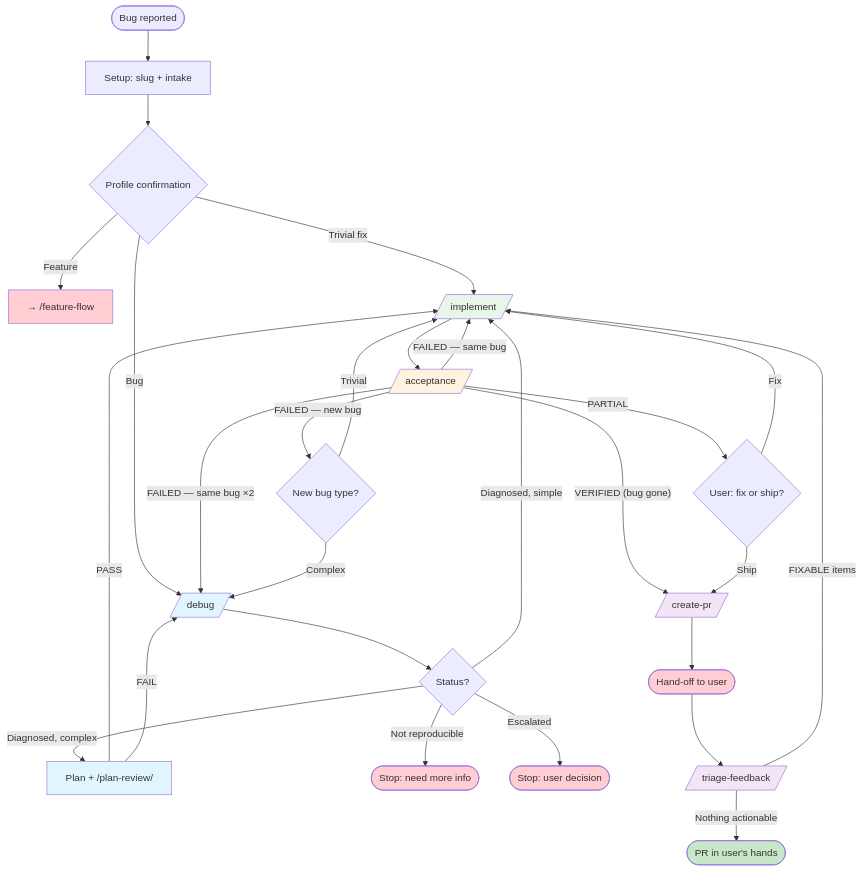
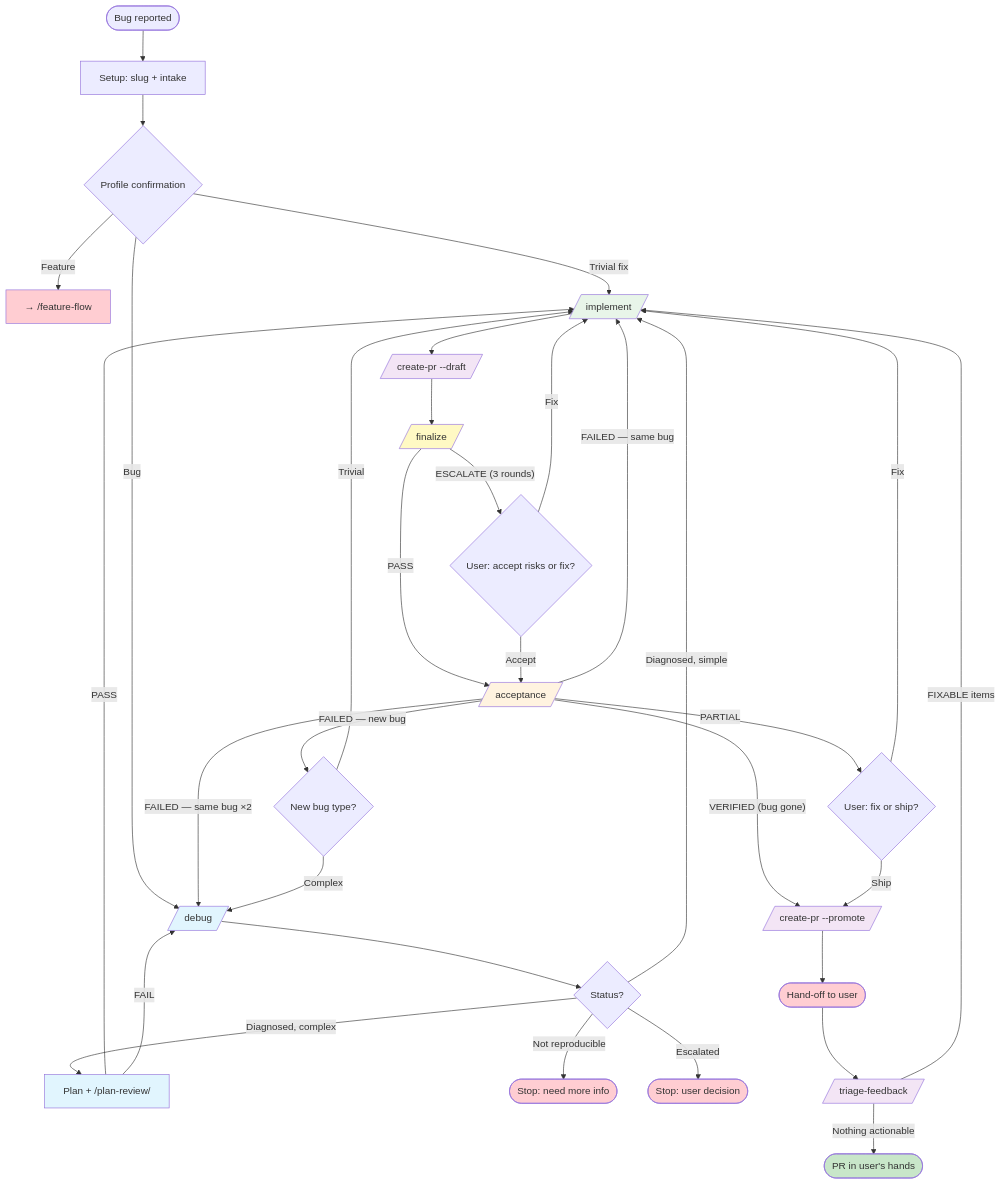
Before and after one commit to kirich1409/krozov-ai-tools: the second of 2 diagrams in plugins/developer-workflow/docs/ORCHESTRATORS.md, drawn with Mermaid. The commit also changed other lines of this file and 8 other files, not shown here.

````diff
--- a/plugins/developer-workflow/docs/ORCHESTRATORS.md
+++ b/plugins/developer-workflow/docs/ORCHESTRATORS.md
@@ -112,48 +120,55 @@
 ```mermaid
 flowchart TD
     start([Bug reported]) --> setup[Setup: slug + intake]
     setup --> confirm{Profile confirmation}
     confirm -->|Feature| redirect_feat[→ /feature-flow]
     confirm -->|Trivial fix| impl
     confirm -->|Bug| debug
 
     debug[/debug/] --> debug_result{Status?}
     debug_result -->|Diagnosed, simple| impl
     debug_result -->|Diagnosed, complex| plan[Plan + /plan-review/]
     debug_result -->|Not reproducible| stop_nr([Stop: need more info])
     debug_result -->|Escalated| stop_esc([Stop: user decision])
 
     plan -->|PASS| impl
     plan -->|FAIL| debug
 
-    impl[/implement/] --> acceptance[/acceptance/]
+    impl[/implement/] --> draft_pr[/create-pr --draft/]
+    draft_pr --> finalize[/finalize/]
+    finalize -->|PASS| acceptance[/acceptance/]
+    finalize -->|"ESCALATE (3 rounds)"| finalize_decide{User: accept risks or fix?}
+    finalize_decide -->|Fix| impl
+    finalize_decide -->|Accept| acceptance
 
     acceptance -->|"VERIFIED (bug gone)"| create_pr
     acceptance -->|"FAILED — same bug"| impl
     acceptance -->|"FAILED — same bug ×2"| debug
     acceptance -->|"FAILED — new bug"| route_new{New bug type?}
     acceptance -->|PARTIAL| user_decision{User: fix or ship?}
 
     route_new -->|Trivial| impl
     route_new -->|Complex| debug
 
     user_decision -->|Fix| impl
     user_decision -->|Ship| create_pr
 
-    create_pr[/create-pr/] --> handoff([Hand-off to user])
+    create_pr[/create-pr --promote/] --> handoff([Hand-off to user])
     handoff --> triage[/triage-feedback/]
     triage -->|FIXABLE items| impl
     triage -->|Nothing actionable| done([PR in user's hands])
 
     style debug fill:#e1f5fe
     style plan fill:#e1f5fe
     style impl fill:#e8f5e9
+    style finalize fill:#fff9c4
+    style draft_pr fill:#f3e5f5
     style acceptance fill:#fff3e0
     style create_pr fill:#f3e5f5
     style triage fill:#f3e5f5
     style handoff fill:#ffcdd2
     style stop_nr fill:#ffcdd2
     style stop_esc fill:#ffcdd2
     style done fill:#c8e6c9
     style redirect_feat fill:#ffcdd2
 ```
````
